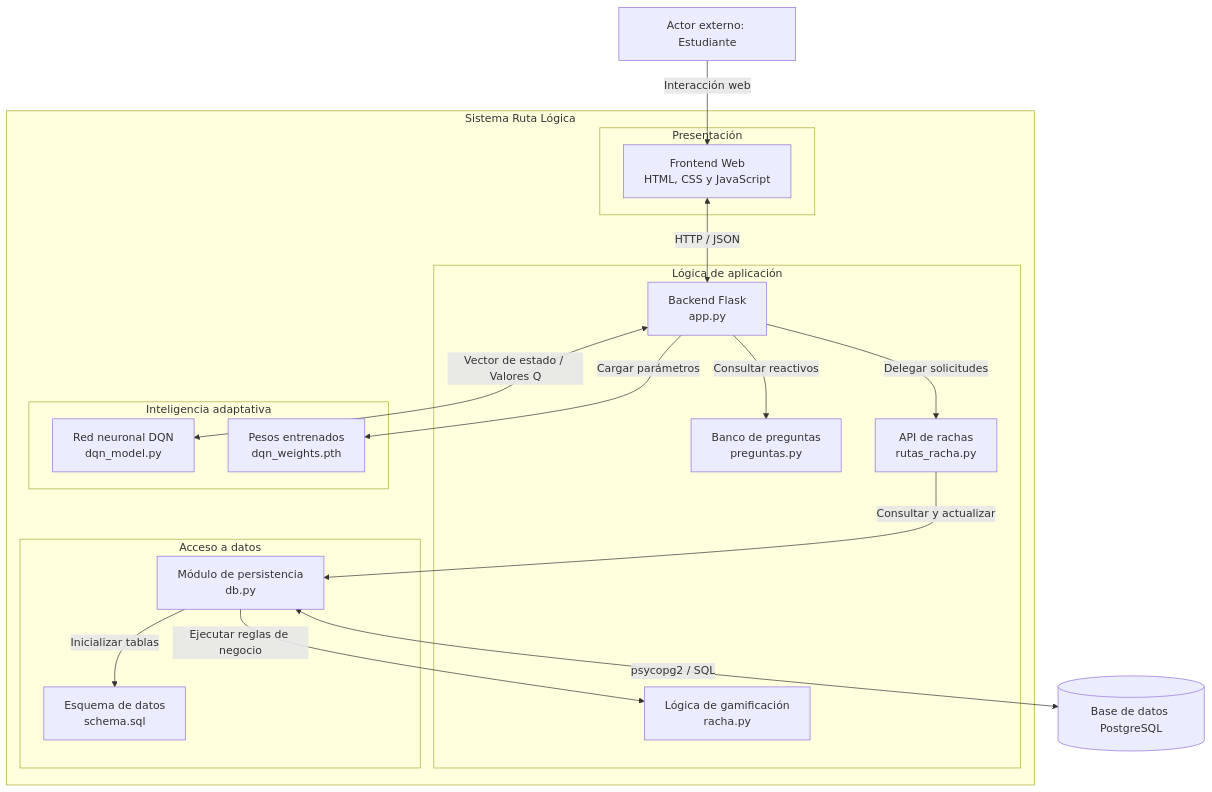
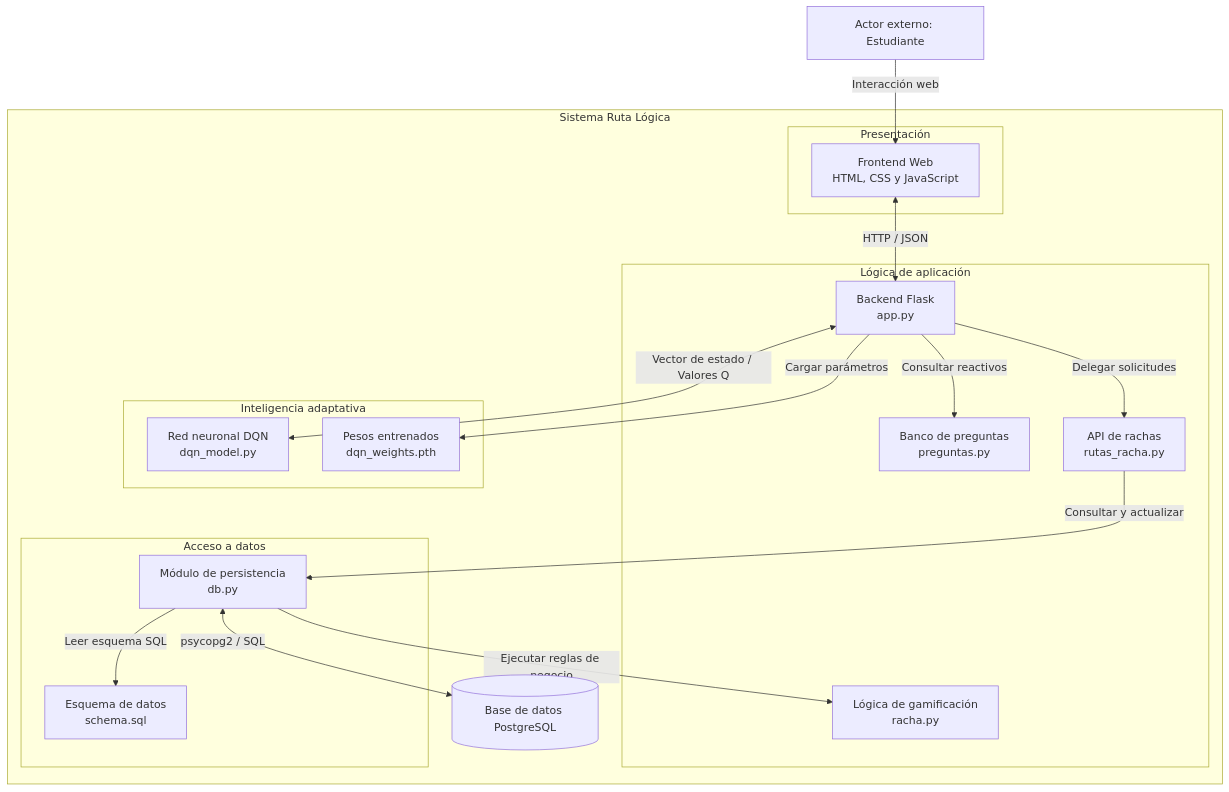
One commit to LizRamirezCas/Demo-Proyecto changed the seventh of 8 diagrams in README.md. Above: the diagram before and after it, drawn with Mermaid. The commit also changed other lines of this file, not shown here.

````diff
--- a/README.md
+++ b/README.md
@@ -362,40 +1694,40 @@
 ```mermaid
 flowchart TD
     E["Actor externo: Estudiante"]
 
     subgraph SISTEMA["Sistema Ruta Lógica"]
         subgraph PRESENTACION["Presentación"]
             F["Frontend Web<br/>HTML, CSS y JavaScript"]
         end
 
         subgraph APLICACION["Lógica de aplicación"]
             API["Backend Flask<br/>app.py"]
             P["Banco de preguntas<br/>preguntas.py"]
             R["API de rachas<br/>rutas_racha.py"]
             L["Lógica de gamificación<br/>racha.py"]
         end
 
         subgraph IA["Inteligencia adaptativa"]
             DQN["Red neuronal DQN<br/>dqn_model.py"]
             W["Pesos entrenados<br/>dqn_weights.pth"]
         end
 
         subgraph DATOS["Acceso a datos"]
             DB["Módulo de persistencia<br/>db.py"]
             SQL["Esquema de datos<br/>schema.sql"]
         end
+
+        PG[("Base de datos PostgreSQL")]
     end
-
-    PG[("Base de datos PostgreSQL")]
 
     E -->|Interacción web| F
     F <-->|HTTP / JSON| API
     API -->|Consultar reactivos| P
     API <-->|Vector de estado / Valores Q| DQN
     API -->|Cargar parámetros| W
     API -->|Delegar solicitudes| R
     R -->|Consultar y actualizar| DB
     DB -->|Ejecutar reglas de negocio| L
-    DB -->|Inicializar tablas| SQL
+    DB -->|Leer esquema SQL| SQL
     DB <-->|psycopg2 / SQL| PG
 ```
````
